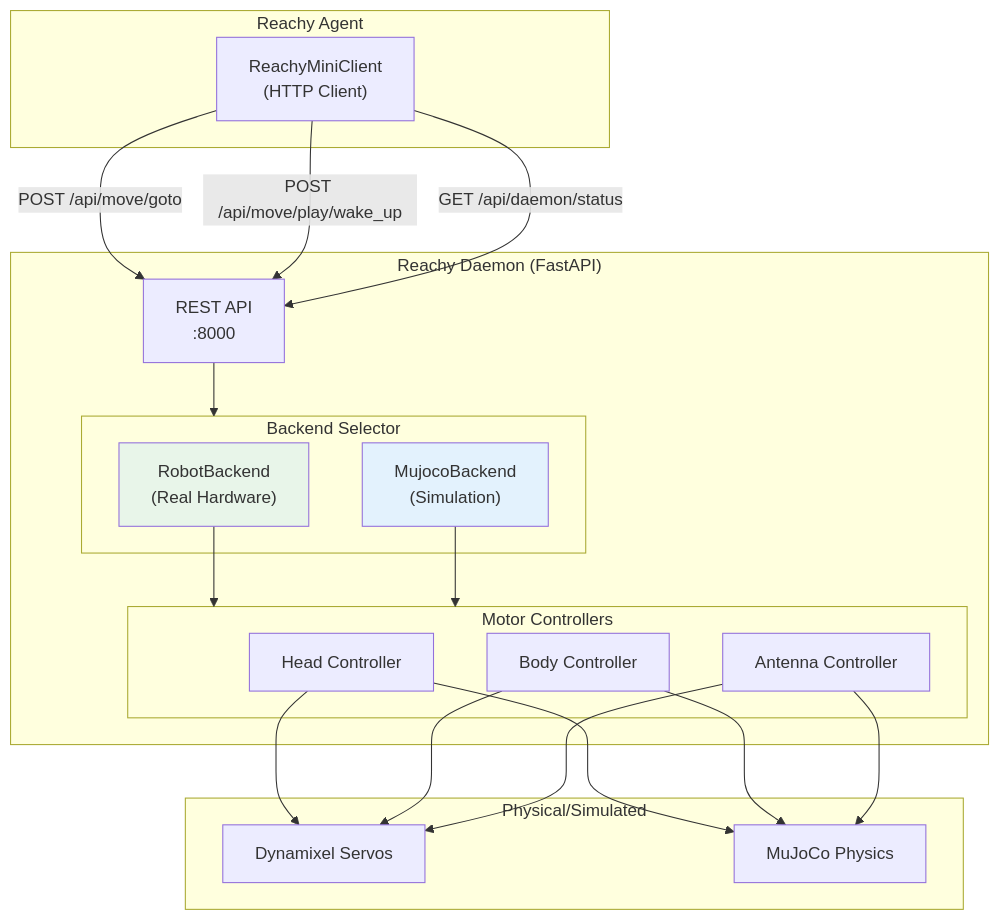
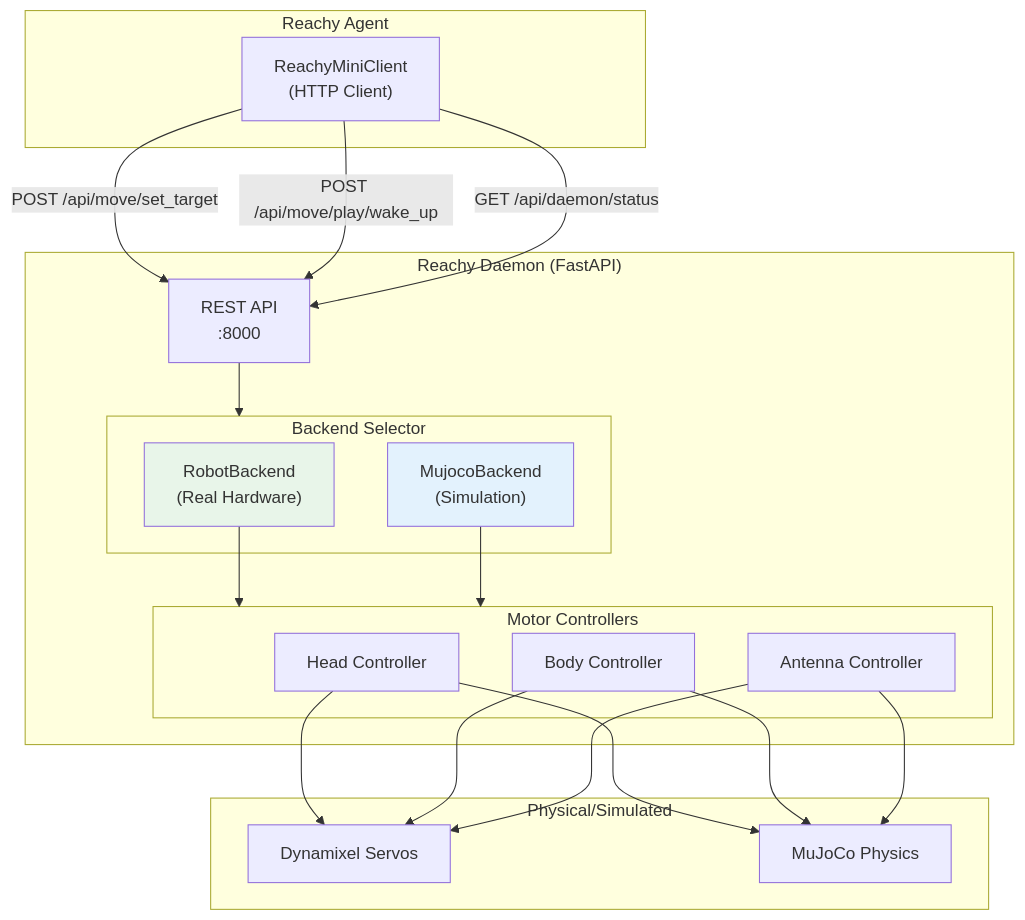
One commit to jawhnycooke/claude-in-the-shell changed the sixth of 11 diagrams in docs/architecture/overview.md. Above: the diagram before and after it, drawn with Mermaid. The commit also changed 7 other files, not shown here.

````diff
--- a/docs/architecture/overview.md
+++ b/docs/architecture/overview.md
@@ -230,44 +230,44 @@
 ```mermaid
 flowchart TB
     subgraph Agent["Reachy Agent"]
         CLIENT["ReachyMiniClient<br/>(HTTP Client)"]
     end
 
     subgraph Daemon["Reachy Daemon (FastAPI)"]
         API["REST API<br/>:8000"]
 
         subgraph Backends["Backend Selector"]
             HW["RobotBackend<br/>(Real Hardware)"]
             SIM["MujocoBackend<br/>(Simulation)"]
         end
 
         subgraph Controllers["Motor Controllers"]
             HEAD_C["Head Controller"]
             BODY_C["Body Controller"]
             ANT_C["Antenna Controller"]
         end
     end
 
     subgraph Hardware["Physical/Simulated"]
         MOTORS["Dynamixel Servos"]
         MUJOCO["MuJoCo Physics"]
     end
 
-    CLIENT -->|"POST /api/move/goto"| API
+    CLIENT -->|"POST /api/move/set_target"| API
     CLIENT -->|"POST /api/move/play/wake_up"| API
     CLIENT -->|"GET /api/daemon/status"| API
 
     API --> Backends
     HW --> Controllers
     SIM --> Controllers
 
     HEAD_C --> MOTORS
     HEAD_C --> MUJOCO
     BODY_C --> MOTORS
     BODY_C --> MUJOCO
     ANT_C --> MOTORS
     ANT_C --> MUJOCO
 
     style SIM fill:#e3f2fd
     style HW fill:#e8f5e9
 ```
````
